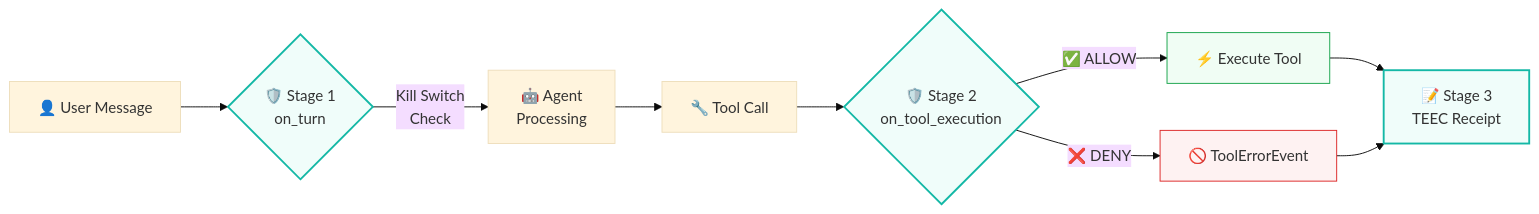
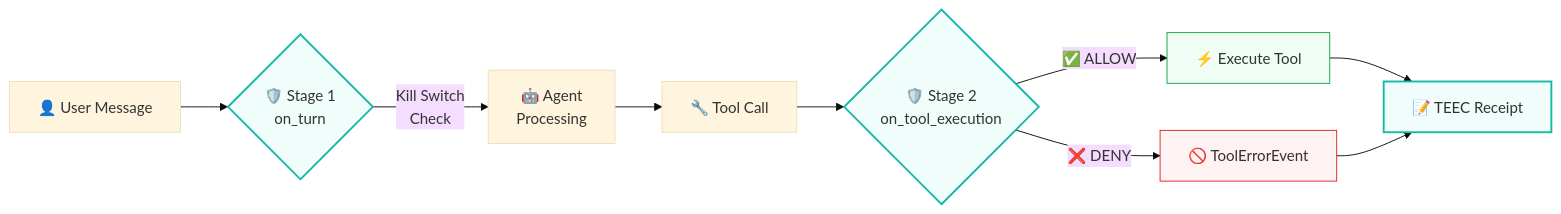
The first of 4 diagrams in website/docs/user-guide/extensions/tealtiger.mdx (ag2ai/ag2), drawn with Mermaid (base theme) before and after one commit. The commit also changed other lines of this file and 1 other file, not shown here.

````diff
--- a/website/docs/user-guide/extensions/tealtiger.mdx
+++ b/website/docs/user-guide/extensions/tealtiger.mdx
@@ -68,17 +71,17 @@
 ```mermaid
 flowchart LR
-    A[👤 User Message] --> B{🛡️ Stage 1\non_turn}
-    B -->|Kill Switch\nCheck| C[🤖 Agent\nProcessing]
+    A[👤 User Message] --> B{🛡️ Stage 1<br/>on_turn}
+    B -->|Kill Switch<br/>Check| C[🤖 Agent<br/>Processing]
     C --> D[🔧 Tool Call]
-    D --> E{🛡️ Stage 2\non_tool_execution}
+    D --> E{🛡️ Stage 2<br/>on_tool_execution}
     E -->|"✅ ALLOW"| F[⚡ Execute Tool]
     E -->|"❌ DENY"| G[🚫 ToolErrorEvent]
-    F --> H[📝 Stage 3\nTEEC Receipt]
+    F --> H[📝 TEEC Receipt]
     G --> H
 
     style B fill:#f0fdfa,stroke:#14b8a6,stroke-width:2px
     style E fill:#f0fdfa,stroke:#14b8a6,stroke-width:2px
     style H fill:#f0fdfa,stroke:#14b8a6,stroke-width:2px
     style F fill:#f0fdf4,stroke:#16a34a
     style G fill:#fef2f2,stroke:#dc2626
 ```
````
